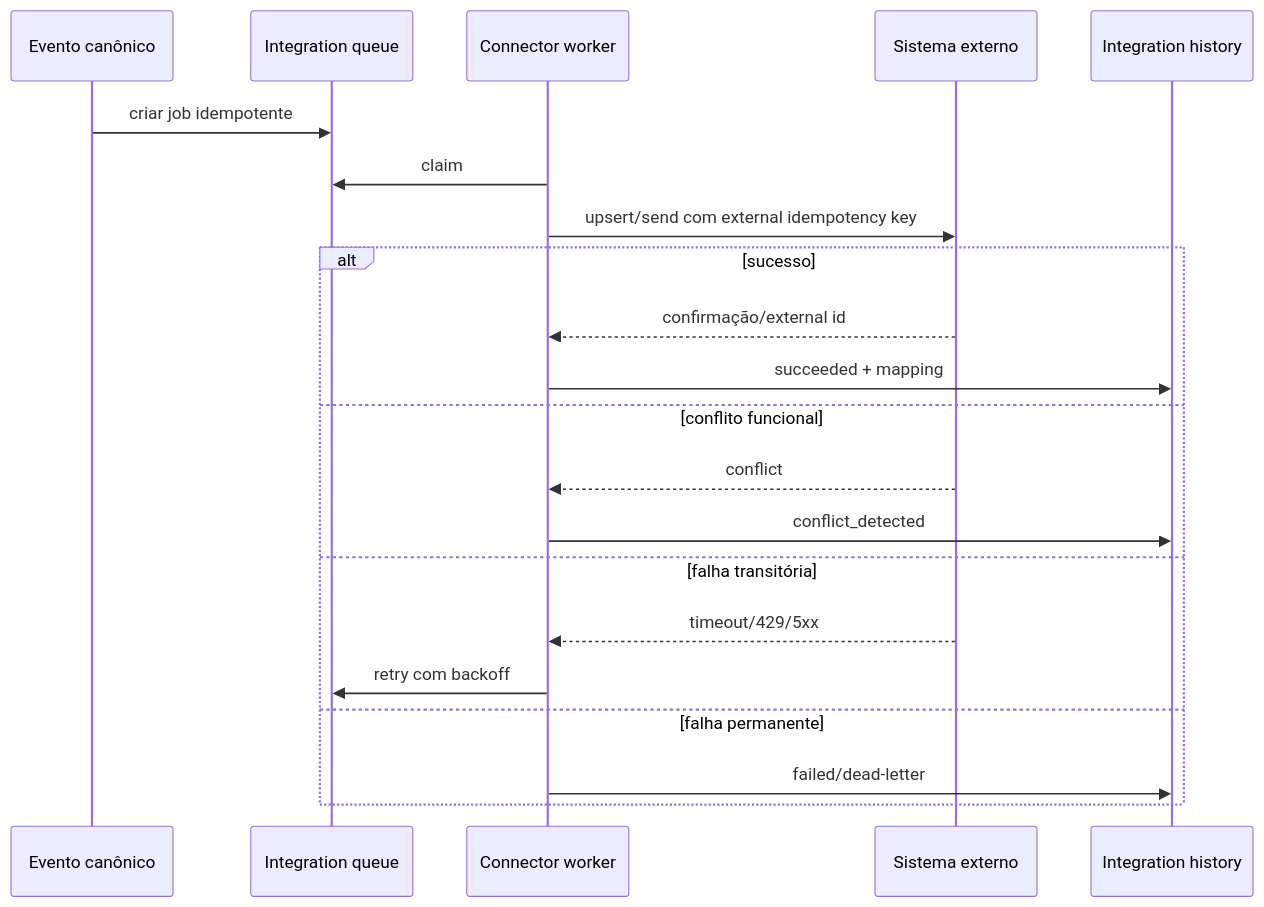
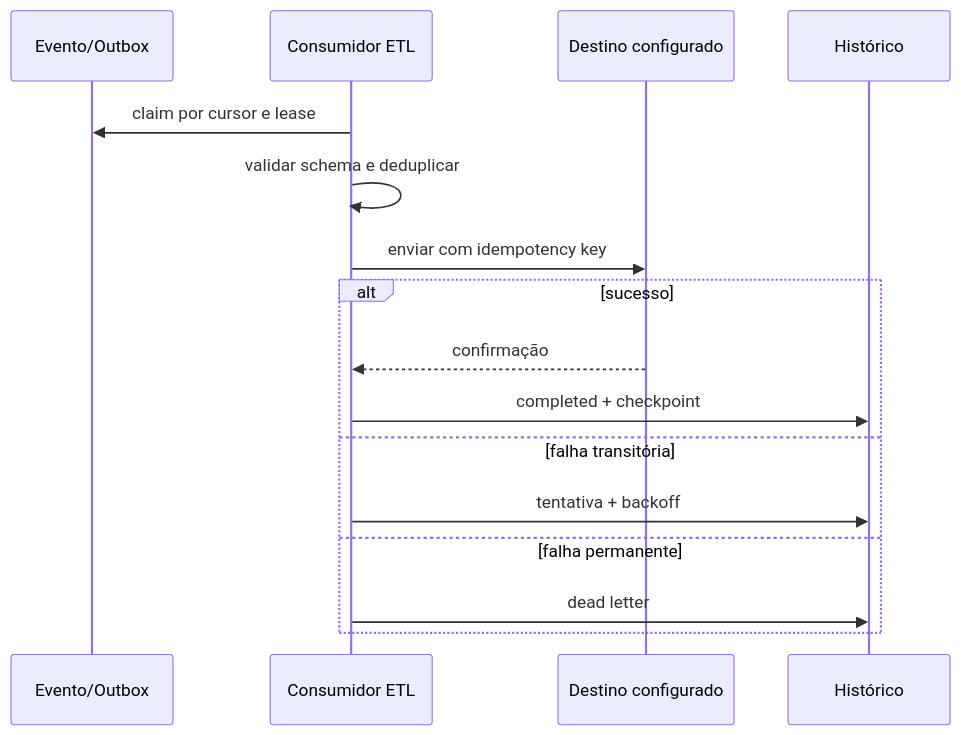
Before and after one commit to pablo-marchina/LMS-estimulo: the second of 2 diagrams in docs/dataflows/DATA_FLOW_ARCHITECTURE.md, drawn with Mermaid. The commit also changed other lines of this file, not shown here.

````diff
--- a/docs/dataflows/DATA_FLOW_ARCHITECTURE.md
+++ b/docs/dataflows/DATA_FLOW_ARCHITECTURE.md
@@ -158,24 +122,19 @@
 ```mermaid
 sequenceDiagram
-    participant E as Evento canônico
-    participant Q as Integration queue
-    participant W as Connector worker
-    participant S as Sistema externo
-    participant H as Integration history
+    participant E as Evento/Outbox
+    participant W as Consumidor ETL
+    participant X as Destino configurado
+    participant H as Histórico
 
-    E->>Q: criar job idempotente
-    W->>Q: claim
-    W->>S: upsert/send com external idempotency key
+    W->>E: claim por cursor e lease
+    W->>W: validar schema e deduplicar
+    W->>X: enviar com idempotency key
     alt sucesso
-        S-->>W: confirmação/external id
-        W->>H: succeeded + mapping
-    else conflito funcional
-        S-->>W: conflict
-        W->>H: conflict_detected
+        X-->>W: confirmação
+        W->>H: completed + checkpoint
     else falha transitória
-        S-->>W: timeout/429/5xx
-        W->>Q: retry com backoff
+        W->>H: tentativa + backoff
     else falha permanente
-        W->>H: failed/dead-letter
+        W->>H: dead letter
     end
 ```
````
